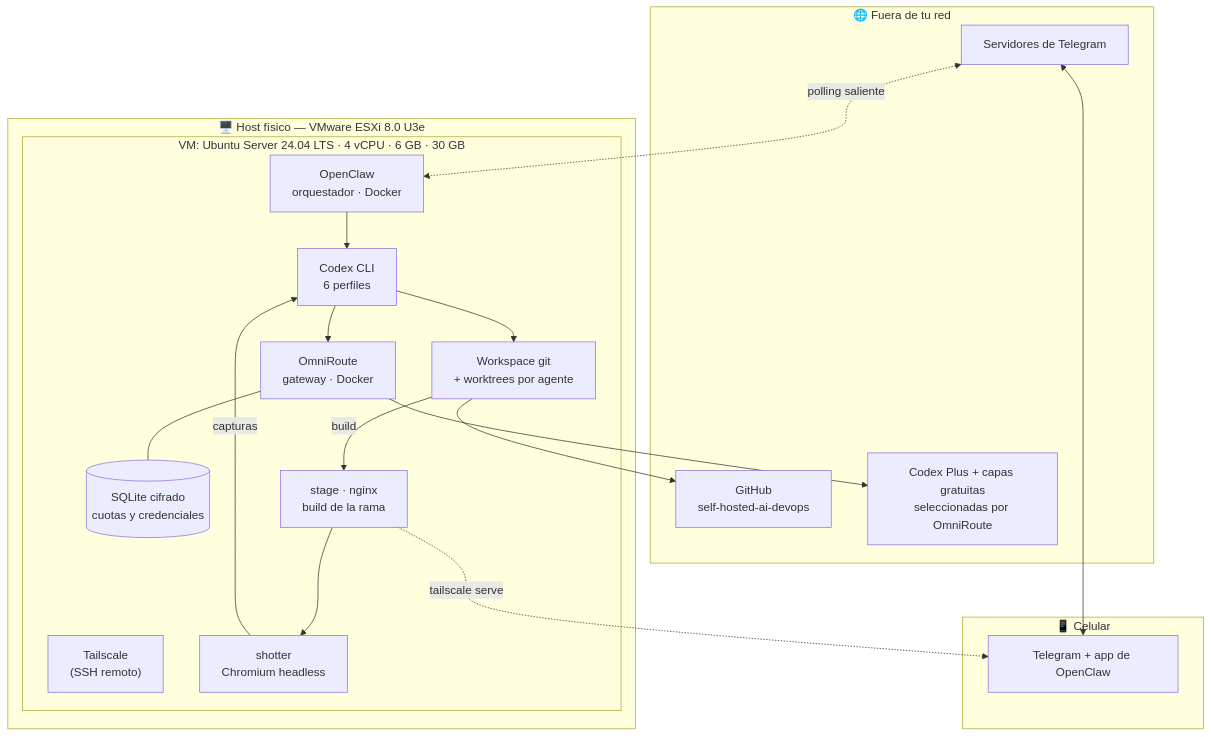
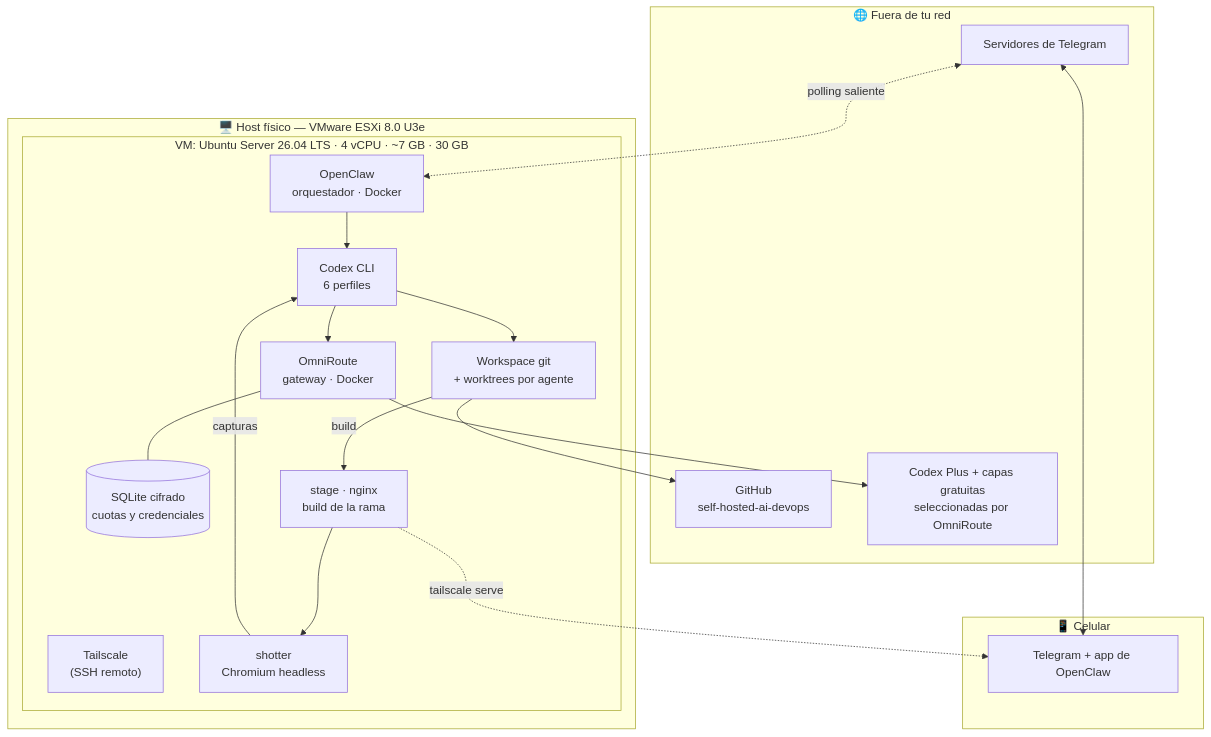
The first of 4 diagrams in docs/arquitectura.md (marksato13/self-hosted-ai-devops), drawn with Mermaid before and after one commit. The commit also changed other lines of this file and 5 other files, not shown here.

````diff
--- a/docs/arquitectura.md
+++ b/docs/arquitectura.md
@@ -9,38 +9,38 @@
 ```mermaid
 flowchart TB
     subgraph EXT["🌐 Fuera de tu red"]
         TG["Servidores de Telegram"]
         GH["GitHub<br/>self-hosted-ai-devops"]
         API["Codex Plus + capas gratuitas<br/>seleccionadas por OmniRoute"]
     end
 
     subgraph CEL["📱 Celular"]
         APP["Telegram + app de OpenClaw"]
     end
 
     subgraph HOST["🖥️ Host físico — VMware ESXi 8.0 U3e"]
-        subgraph VM["VM: Ubuntu Server 24.04 LTS · 4 vCPU · 6 GB · 30 GB"]
+        subgraph VM["VM: Ubuntu Server 26.04 LTS · 4 vCPU · ~7 GB · 30 GB"]
             TS["Tailscale<br/>(SSH remoto)"]
             OC["OpenClaw<br/>orquestador · Docker"]
             LL["OmniRoute<br/>gateway · Docker"]
             DB[("SQLite cifrado<br/>cuotas y credenciales")]
             CX["Codex CLI<br/>6 perfiles"]
             WS["Workspace git<br/>+ worktrees por agente"]
             ST["stage · nginx<br/>build de la rama"]
             SH["shotter<br/>Chromium headless"]
             OC --> CX
             CX --> LL
             LL --- DB
             CX --> WS
             WS -->|build| ST
             ST --> SH
             SH -->|capturas| CX
         end
     end
 
     APP <--> TG
     TG <-.->|polling saliente| OC
     LL --> API
     WS --> GH
     ST -.->|tailscale serve| APP
 ```
````
